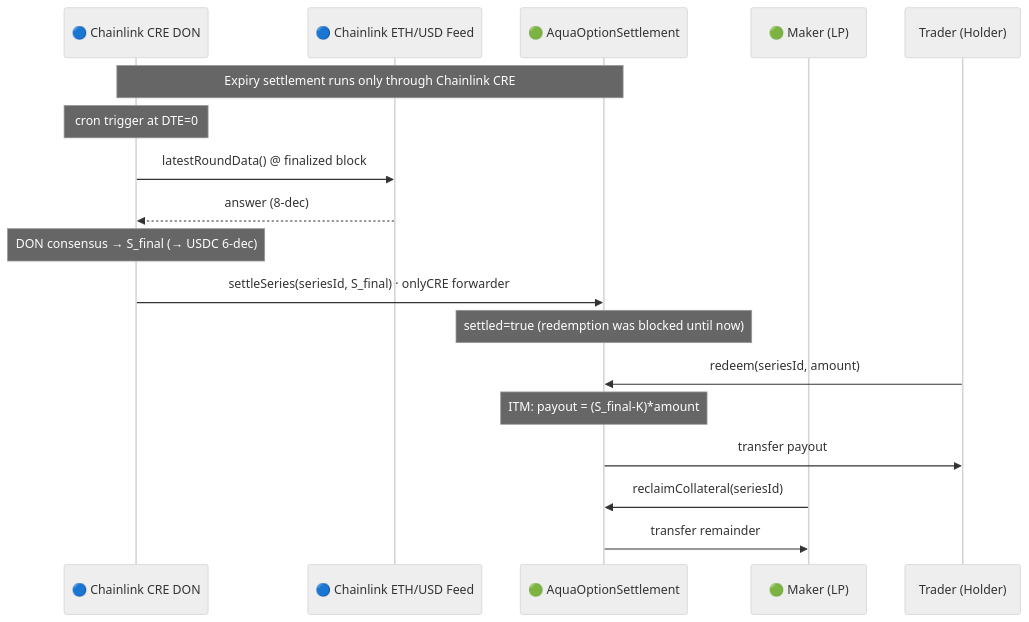
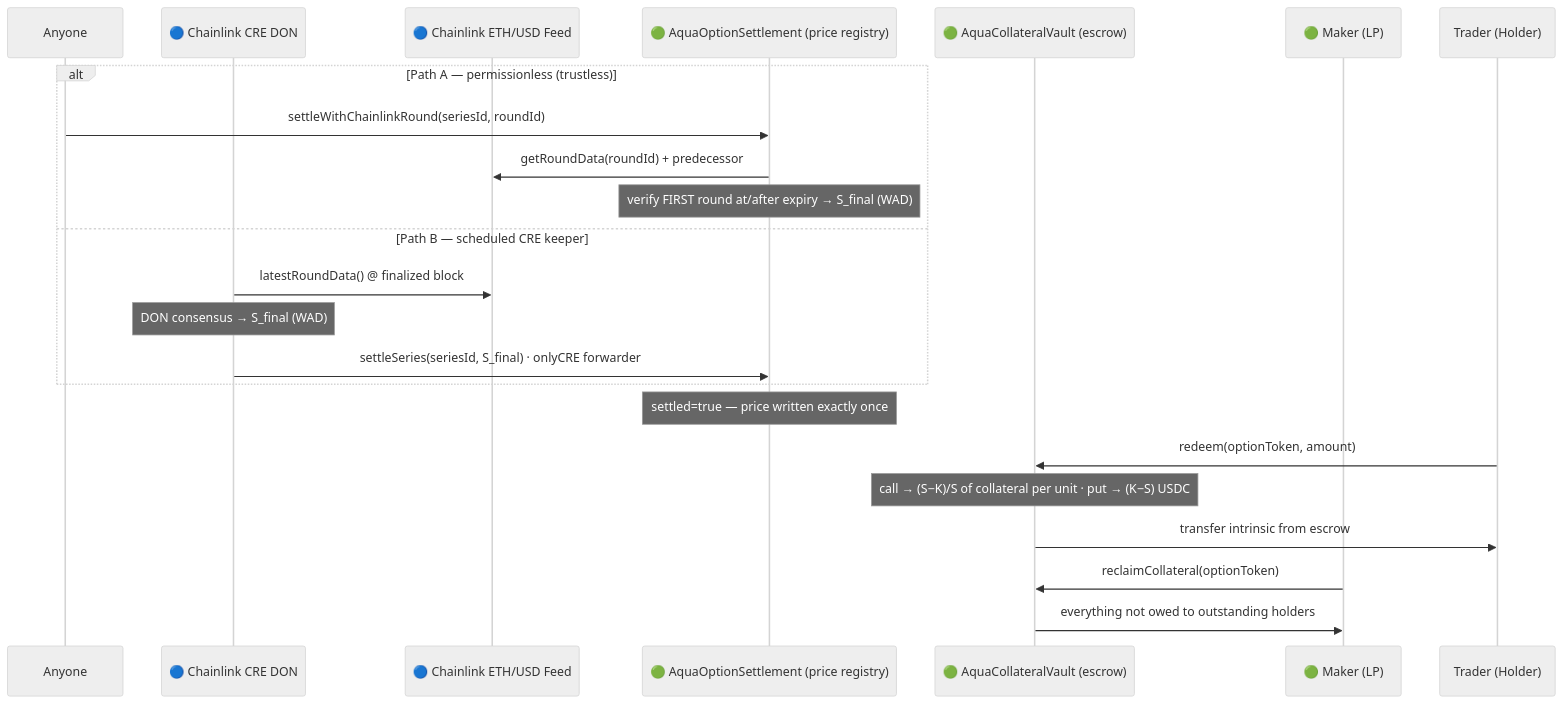
One commit to oslinin/Smile changed the seventh of 7 diagrams in README.md. Above: the diagram before and after it, drawn with Mermaid (neutral theme). The commit also changed other lines of this file and 3 other files, not shown here.

````diff
--- a/README.md
+++ b/README.md
@@ -289,21 +303,27 @@
 ```mermaid
 sequenceDiagram
+    participant Anyone
     participant CRE as 🔵 Chainlink CRE DON
     participant Feed as 🔵 Chainlink ETH/USD Feed
-    participant Settlement as 🟢 AquaOptionSettlement
+    participant Settlement as 🟢 AquaOptionSettlement (price registry)
+    participant Vault as 🟢 AquaCollateralVault (escrow)
     participant Maker as 🟢 Maker (LP)
     participant Holder as Trader (Holder)
 
-    Note over CRE,Settlement: Expiry settlement runs only through Chainlink CRE
-    Note over CRE: cron trigger at DTE=0
-    CRE->>Feed: latestRoundData() @ finalized block
-    Feed-->>CRE: answer (8-dec)
-    Note over CRE: DON consensus → S_final (→ USDC 6-dec)
-    CRE->>Settlement: settleSeries(seriesId, S_final) · onlyCRE forwarder
-    Note over Settlement: settled=true (redemption was blocked until now)
-    Holder->>Settlement: redeem(seriesId, amount)
-    Note over Settlement: ITM: payout = (S_final-K)*amount
-    Settlement->>Holder: transfer payout
-    Maker->>Settlement: reclaimCollateral(seriesId)
-    Settlement->>Maker: transfer remainder
+    alt Path A — permissionless (trustless)
+        Anyone->>Settlement: settleWithChainlinkRound(seriesId, roundId)
+        Settlement->>Feed: getRoundData(roundId) + predecessor
+        Note over Settlement: verify FIRST round at/after expiry → S_final (WAD)
+    else Path B — scheduled CRE keeper
+        CRE->>Feed: latestRoundData() @ finalized block
+        Note over CRE: DON consensus → S_final (WAD)
+        CRE->>Settlement: settleSeries(seriesId, S_final) · onlyCRE forwarder
+    end
+    Note over Settlement: settled=true — price written exactly once
+
+    Holder->>Vault: redeem(optionToken, amount)
+    Note over Vault: call → (S−K)/S of collateral per unit · put → (K−S) USDC
+    Vault->>Holder: transfer intrinsic from escrow
+    Maker->>Vault: reclaimCollateral(optionToken)
+    Vault->>Maker: everything not owed to outstanding holders
 ```
````
